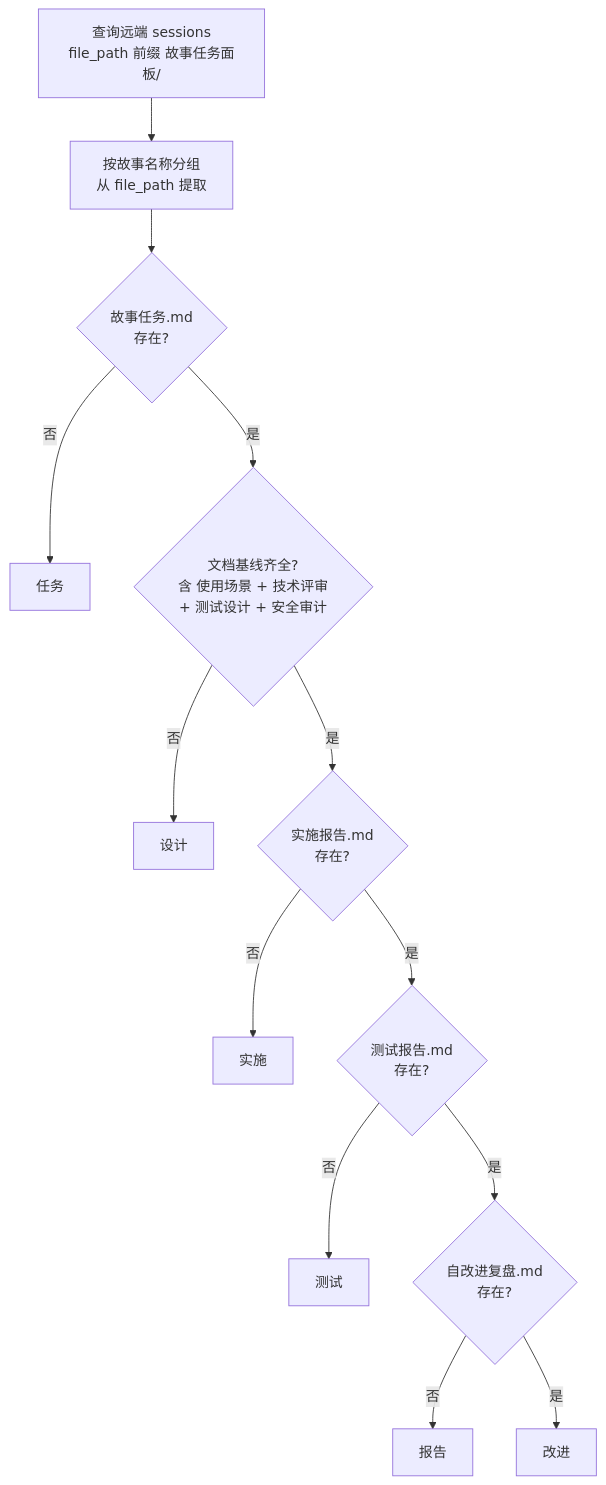
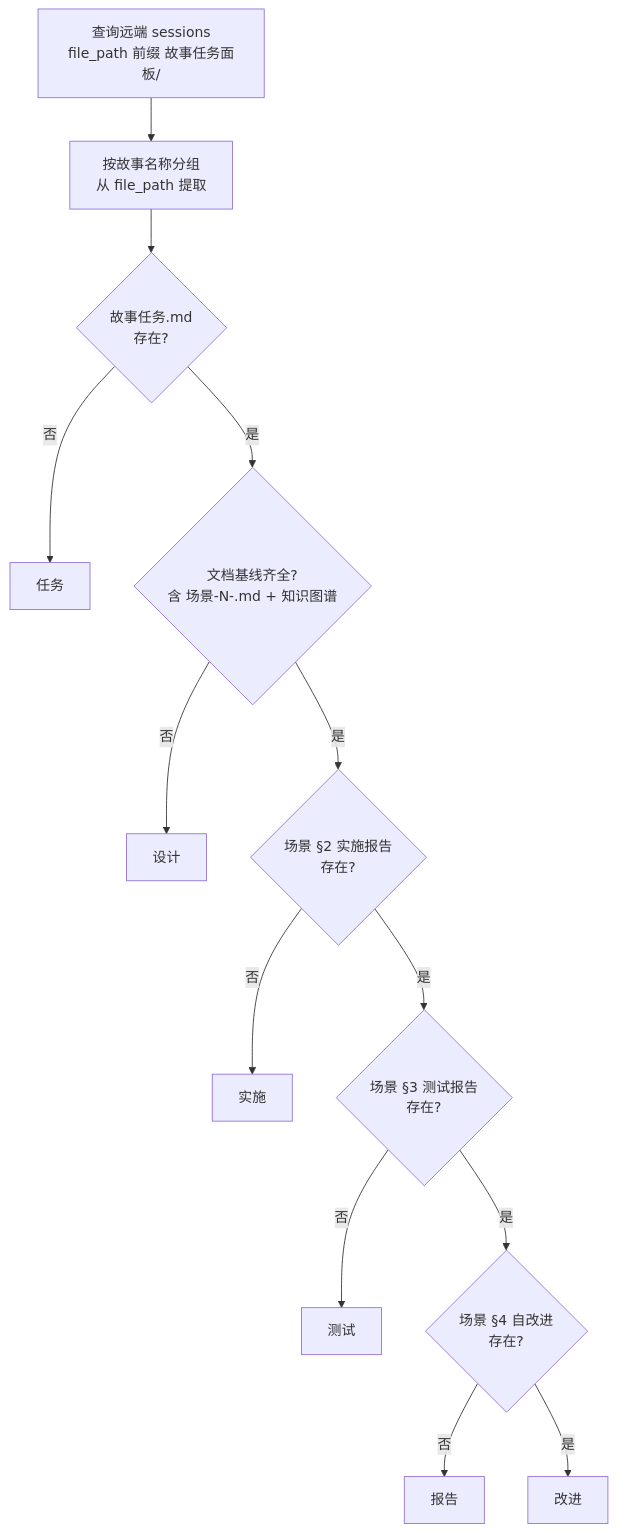
The fourth of 12 diagrams in skills/rui-story/SKILL.md (effiy/YrY), drawn with Mermaid before and after one commit. The commit also changed other lines of this file and 37 other files, not shown here.

````diff
--- a/skills/rui-story/SKILL.md
+++ b/skills/rui-story/SKILL.md
@@ -99,16 +99,16 @@
 ```mermaid
 flowchart TD
     START["查询远端 sessions<br/>file_path 前缀 故事任务面板/"]:::s --> GROUP["按故事名称分组<br/>从 file_path 提取"]:::s
     GROUP --> CHK01{"故事任务.md<br/>存在?"}
     CHK01 -->|"否"| NS["任务"]:::s0
-    CHK01 -->|"是"| CHKDOC{"文档基线齐全?<br/>含 使用场景 + 技术评审<br/>+ 测试设计 + 安全审计"}
+    CHK01 -->|"是"| CHKDOC{"文档基线齐全?<br/>含 场景-N-.md + 知识图谱"}
     CHKDOC -->|"否"| DIP["设计"]:::s1
-    CHKDOC -->|"是"| CHKIMP{"实施报告.md<br/>存在?"}
+    CHKDOC -->|"是"| CHKIMP{"场景 §2 实施报告<br/>存在?"}
     CHKIMP -->|"否"| IMP["实施"]:::s2
-    CHKIMP -->|"是"| CHKVER{"测试报告.md<br/>存在?"}
+    CHKIMP -->|"是"| CHKVER{"场景 §3 测试报告<br/>存在?"}
     CHKVER -->|"否"| TST["测试"]:::s3
-    CHKVER -->|"是"| CHKRET{"自改进复盘.md<br/>存在?"}
+    CHKVER -->|"是"| CHKRET{"场景 §4 自改进<br/>存在?"}
     CHKRET -->|"否"| RPT["报告"]:::s4
     CHKRET -->|"是"| IMPV["改进"]:::s5
 
 ```
````
